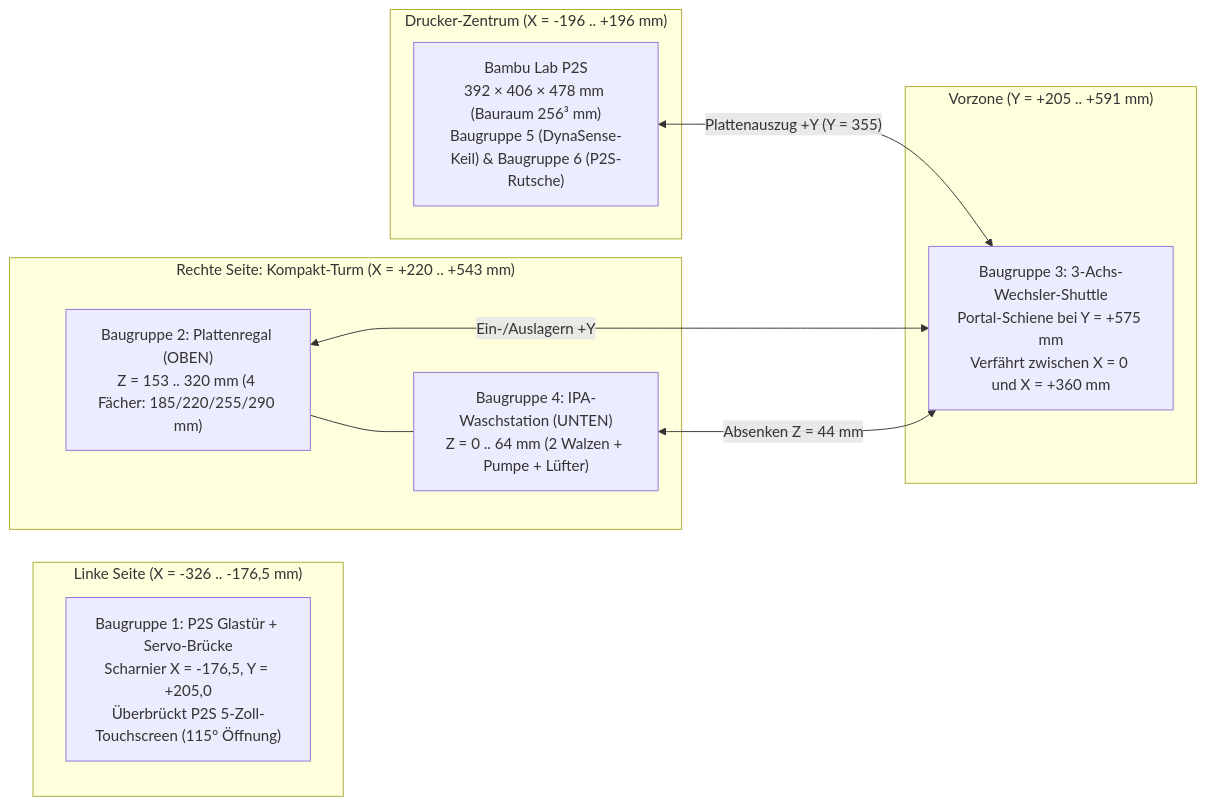
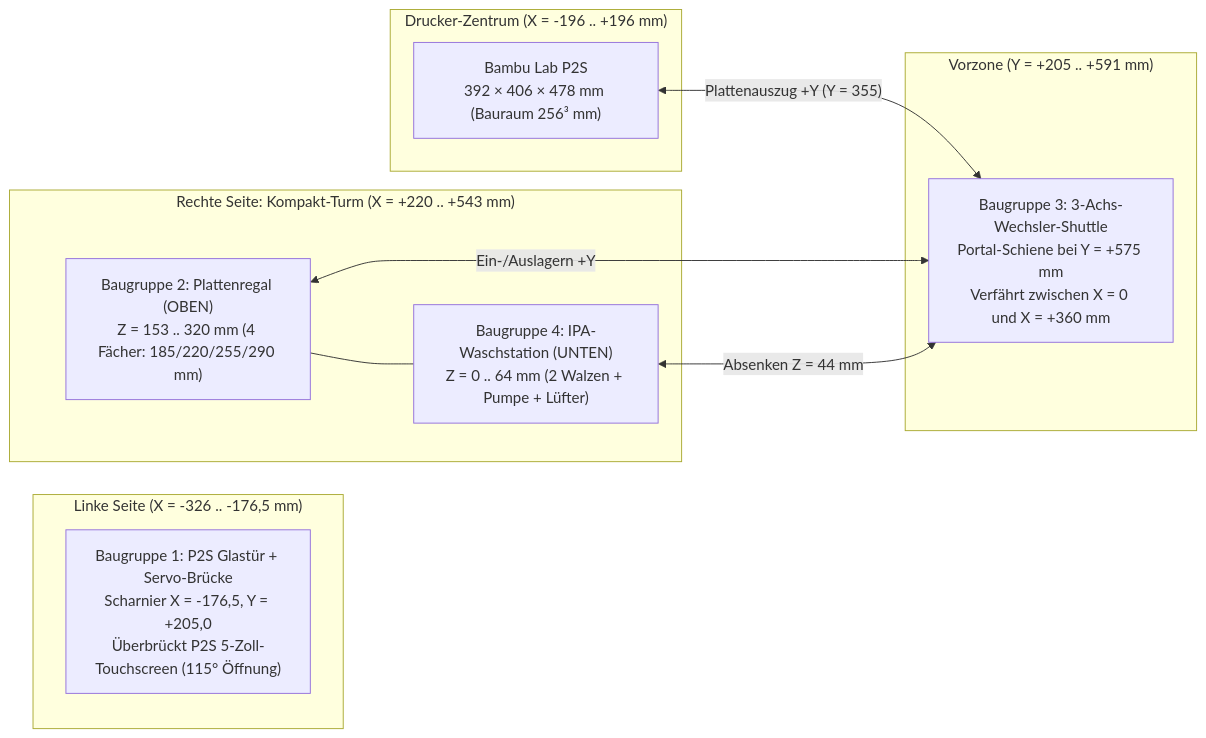
One commit to Luk1236/printlab changed the diagram in werkzeuge/automation_hardware/TUER_MAGAZIN_WASCHSTATION.md. Above: the diagram before and after it, drawn with Mermaid. The commit also changed other lines of this file and 9 other files, not shown here.

````diff
--- a/werkzeuge/automation_hardware/TUER_MAGAZIN_WASCHSTATION.md
+++ b/werkzeuge/automation_hardware/TUER_MAGAZIN_WASCHSTATION.md
@@ -20,20 +25,20 @@
 ```mermaid
 flowchart LR
     subgraph LINKS["Linke Seite (X = -326 .. -176,5 mm)"]
         D["Baugruppe 1: P2S Glastür + Servo-Brücke\nScharnier X = -176,5, Y = +205,0\nÜberbrückt P2S 5-Zoll-Touchscreen (115° Öffnung)"]
     end
     subgraph MITTE["Drucker-Zentrum (X = -196 .. +196 mm)"]
-        P["Bambu Lab P2S\n392 × 406 × 478 mm (Bauraum 256³ mm)\nBaugruppe 5 (DynaSense-Keil) & Baugruppe 6 (P2S-Rutsche)"]
+        P["Bambu Lab P2S\n392 × 406 × 478 mm (Bauraum 256³ mm)"]
     end
     subgraph RECHTS["Rechte Seite: Kompakt-Turm (X = +220 .. +543 mm)"]
         M["Baugruppe 2: Plattenregal (OBEN)\nZ = 153 .. 320 mm (4 Fächer: 185/220/255/290 mm)"]
         W["Baugruppe 4: IPA-Waschstation (UNTEN)\nZ = 0 .. 64 mm (2 Walzen + Pumpe + Lüfter)"]
         M --- W
     end
     subgraph VORNE["Vorzone (Y = +205 .. +591 mm)"]
         S["Baugruppe 3: 3-Achs-Wechsler-Shuttle\nPortal-Schiene bei Y = +575 mm\nVerfährt zwischen X = 0 und X = +360 mm"]
     end
     P <-->|"Plattenauszug +Y (Y = 355)"| S
     M <-->|"Ein-/Auslagern +Y"| S
     W <-->|"Absenken Z = 44 mm"| S
 ```
````
